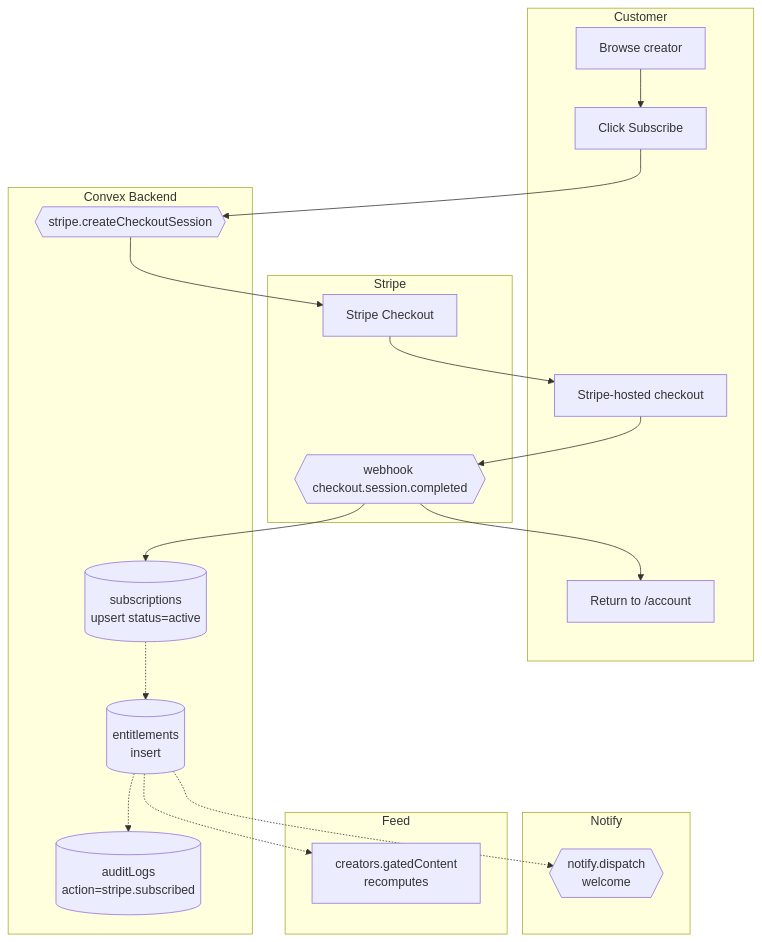
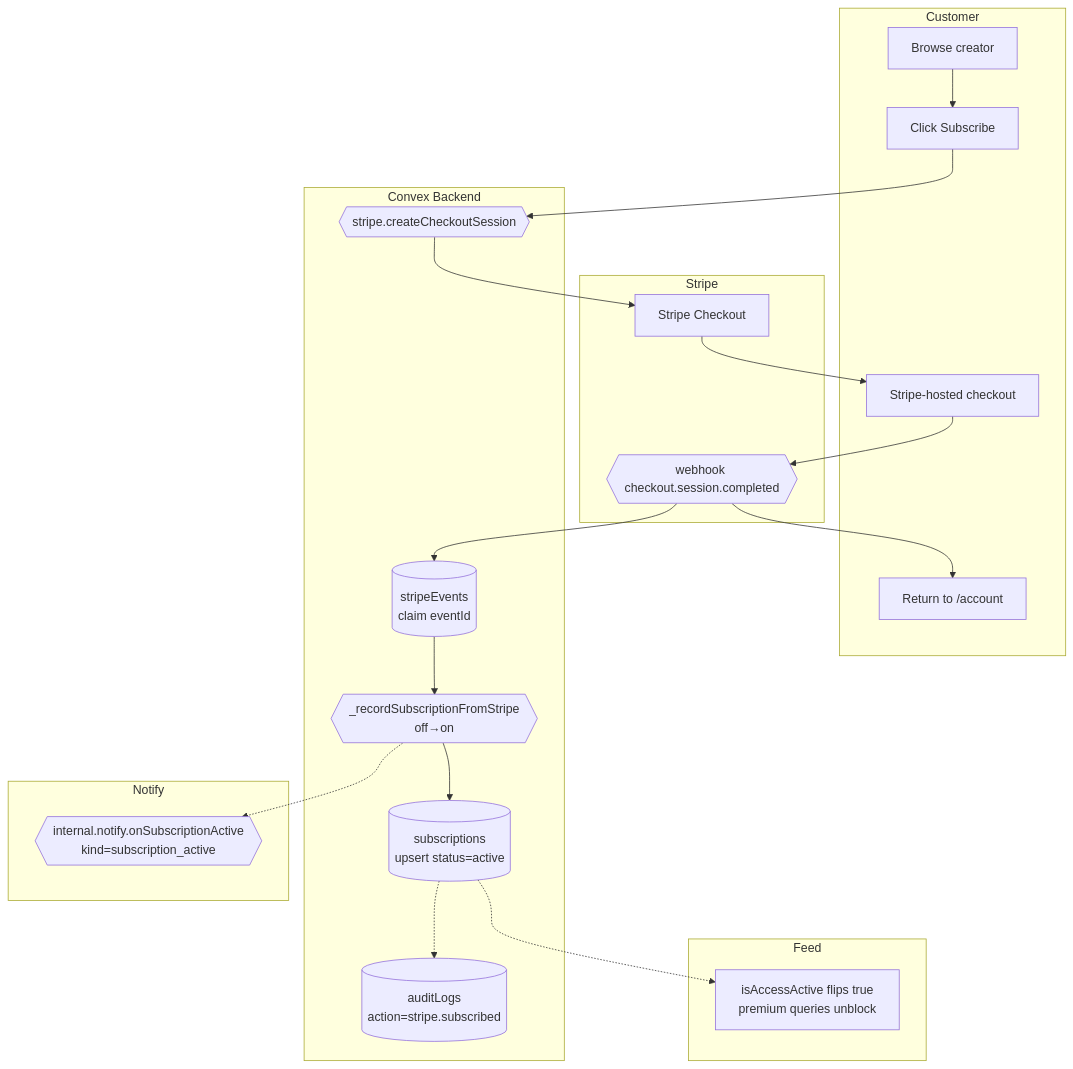
The diagram in docs/bpmn/BPMN-002-visitor-to-subscriber.md (xalatechnologies/DigiPicks-v2), drawn with Mermaid before and after one commit. The commit also changed other lines of this file and 33 other files, not shown here.

First line of the commit message:
feat(phase-19): drift sweep · stripe idempotency · grace period · lifecycle notify · BPMN alignment

````diff
--- a/docs/bpmn/BPMN-002-visitor-to-subscriber.md
+++ b/docs/bpmn/BPMN-002-visitor-to-subscriber.md
@@ -29,32 +33,32 @@
 ```mermaid
 flowchart TD
   subgraph C[Customer]
     c1[Browse creator]
     c2[Click Subscribe]
     c3[Stripe-hosted checkout]
     c4[Return to /account]
   end
   subgraph K[Convex Backend]
     k1{{stripe.createCheckoutSession}}
-    k2[(subscriptions<br/>upsert status=active)]
-    k3[(entitlements<br/>insert)]
+    k0[(stripeEvents<br/>claim eventId)]
+    k2{{_recordSubscriptionFromStripe<br/>off→on}}
+    k3[(subscriptions<br/>upsert status=active)]
     k4[(auditLogs<br/>action=stripe.subscribed)]
   end
   subgraph S[Stripe]
     s1[Stripe Checkout]
     s2{{webhook checkout.session.completed}}
   end
   subgraph N[Notify]
-    n1{{notify.dispatch<br/>welcome}}
+    n1{{internal.notify.onSubscriptionActive<br/>kind=subscription_active}}
   end
   subgraph F[Feed]
-    f1[creators.gatedContent<br/>recomputes]
+    f1[isAccessActive flips true<br/>premium queries unblock]
   end
 
-  c1 --> c2 --> k1 --> s1 --> c3 --> s2 --> k2
-  k2 -.-> k3
+  c1 --> c2 --> k1 --> s1 --> c3 --> s2 --> k0 --> k2 --> k3
   k3 -.-> k4
-  k3 -.-> n1
+  k2 -.-> n1
   k3 -.-> f1
   s2 --> c4
 ```
````
